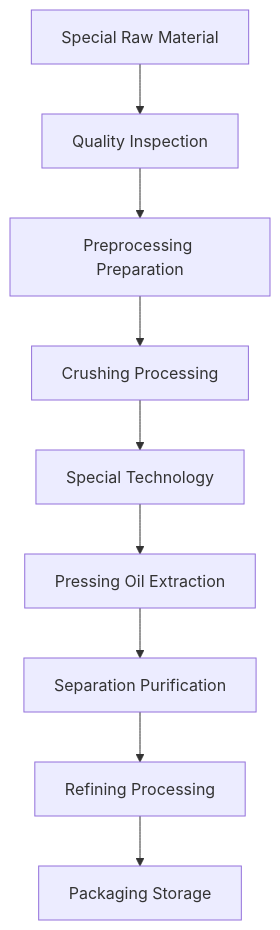
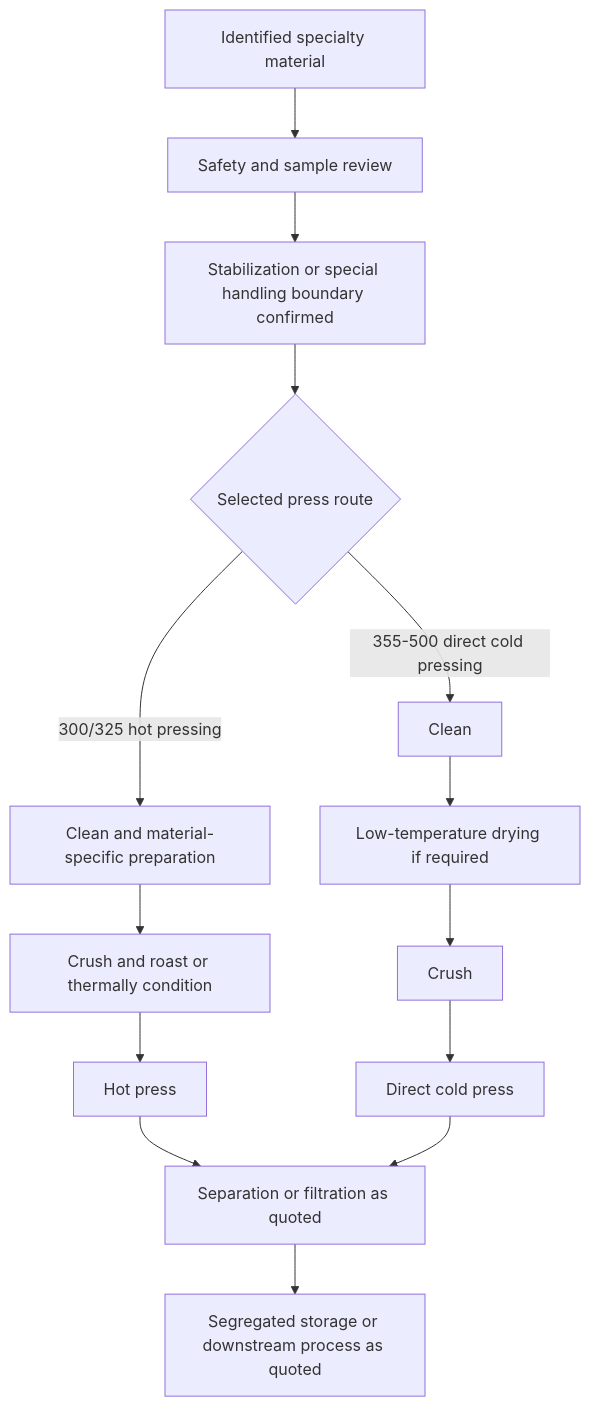
Before and after one commit to roryshanshan/oilpress-website: the diagram in docs/en/solutions/special-oils.md, drawn with Mermaid. The commit also changed other lines of this file and 1420 other files, not shown here.

````diff
--- a/docs/en/solutions/special-oils.md
+++ b/docs/en/solutions/special-oils.md
@@ -66,11 +33,16 @@
 ```mermaid
-graph TD
-    A[Special Raw Material] --> B[Quality Inspection]
-    B --> C[Preprocessing Preparation]
-    C --> D[Crushing Processing]
-    D --> E[Special Technology]
-    E --> F[Pressing Oil Extraction]
-    F --> G[Separation Purification]
-    G --> H[Refining Processing]
-    H --> I[Packaging Storage]
+flowchart TD
+    A[Identified specialty material] --> B[Safety and sample review]
+    B --> C[Stabilization or special handling boundary confirmed]
+    C --> D{Selected press route}
+    D -->|300/325 hot pressing| E[Clean and material-specific preparation]
+    E --> F[Crush and roast or thermally condition]
+    F --> G[Hot press]
+    D -->|355-500 direct cold pressing| H[Clean]
+    H --> I[Low-temperature drying if required]
+    I --> J[Crush]
+    J --> K[Direct cold press]
+    G --> L[Separation or filtration as quoted]
+    K --> L
+    L --> M[Segregated storage or downstream process as quoted]
 ```
````
